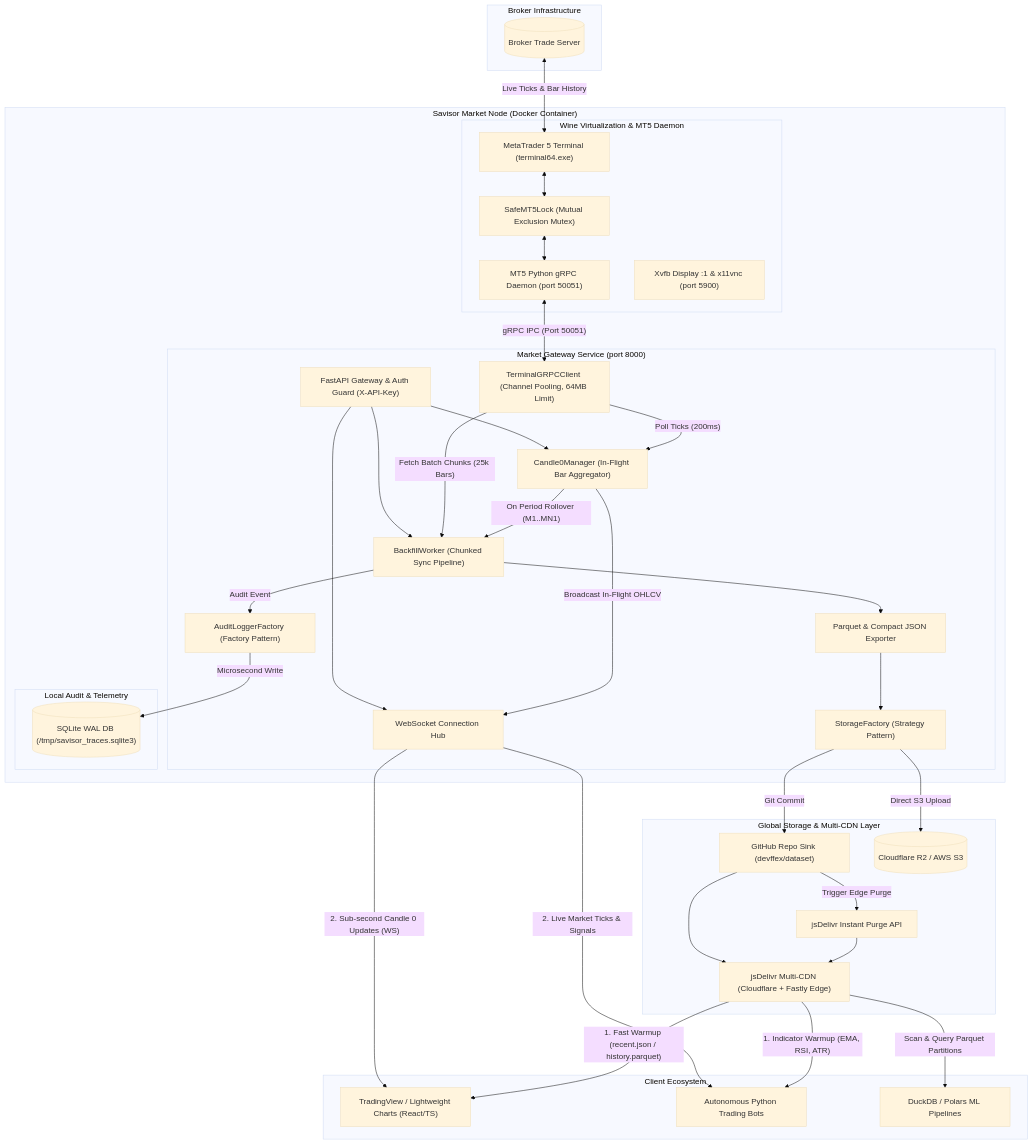
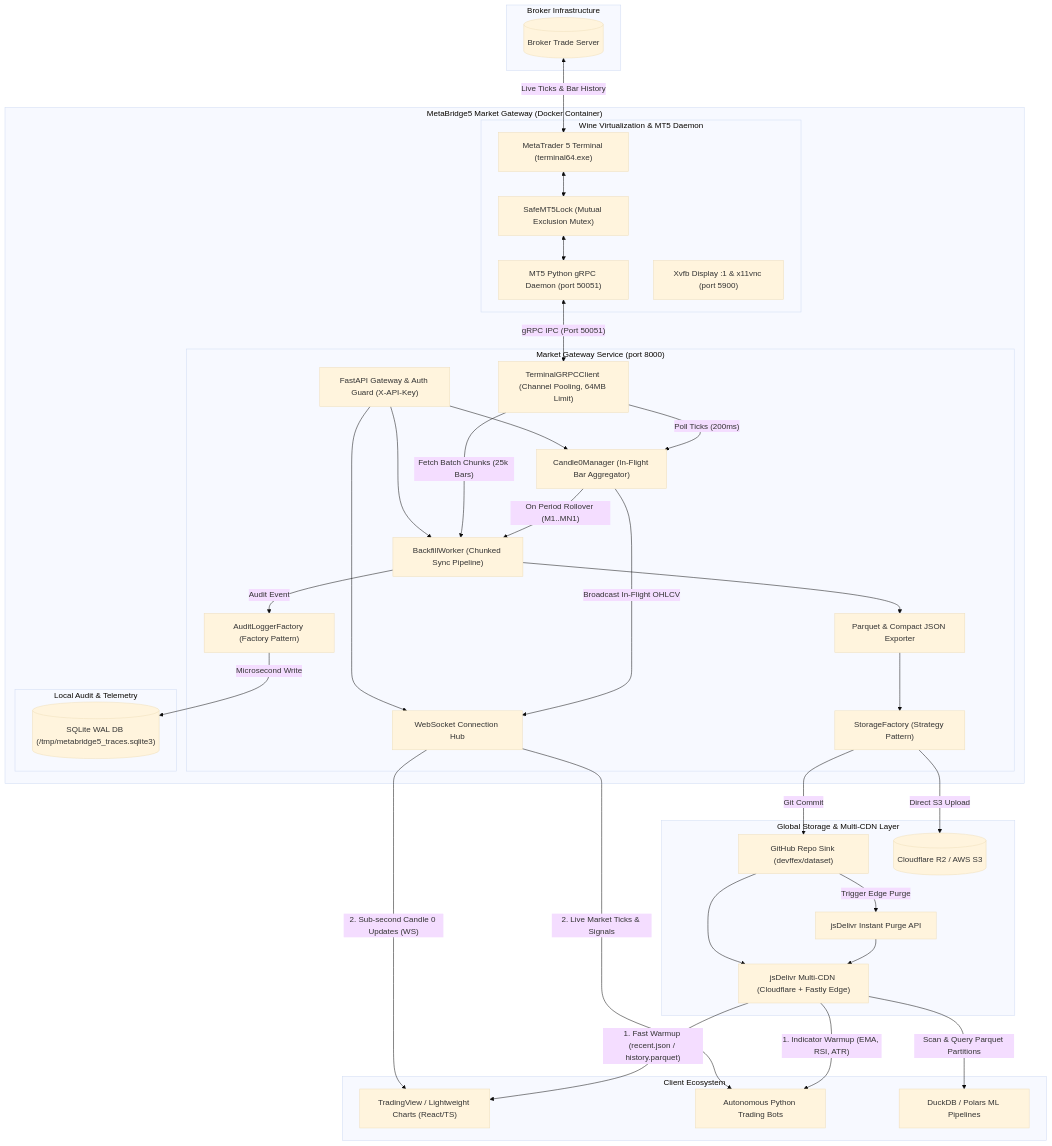
Before and after one commit to devffex/MetaBridge5: the diagram in apps/market-gateway/README.md, drawn with Mermaid (base theme). The commit also changed other lines of this file and 74 other files, not shown here.

Commit message:
feat: transition to MetaBridge5 with portable MT5 setup, backfill pipeline enhancements, and production docs

````diff
--- a/apps/market-gateway/README.md
+++ b/apps/market-gateway/README.md
@@ -11,79 +11,79 @@
 ```mermaid
 flowchart TD
     subgraph Broker ["Broker Infrastructure"]
         TradeServer[("Broker Trade Server")]
     end
 
-    subgraph ContainerNode ["Savisor Market Node (Docker Container)"]
+    subgraph ContainerNode ["MetaBridge5 Market Gateway (Docker Container)"]
         subgraph VirtualizationLayer ["Wine Virtualization & MT5 Daemon"]
             MT5Terminal["MetaTrader 5 Terminal (terminal64.exe)"]
             SafeLock["SafeMT5Lock (Mutual Exclusion Mutex)"]
             GRPCDaemon["MT5 Python gRPC Daemon (port 50051)"]
             XvfbDisplay["Xvfb Display :1 & x11vnc (port 5900)"]
         end
 
         subgraph GatewayLayer ["Market Gateway Service (port 8000)"]
             FastAPIServer["FastAPI Gateway & Auth Guard (X-API-Key)"]
             GRPCClient["TerminalGRPCClient (Channel Pooling, 64MB Limit)"]
             Candle0Engine["Candle0Manager (In-Flight Bar Aggregator)"]
             PipelineWorker["BackfillWorker (Chunked Sync Pipeline)"]
             ParquetExporter["Parquet & Compact JSON Exporter"]
             StorageFactory["StorageFactory (Strategy Pattern)"]
             AuditFactory["AuditLoggerFactory (Factory Pattern)"]
             WebSocketHub["WebSocket Connection Hub"]
         end
 
         subgraph LocalTelemetry ["Local Audit & Telemetry"]
-            SQLiteWAL[("SQLite WAL DB (/tmp/savisor_traces.sqlite3)")]
+            SQLiteWAL[("SQLite WAL DB (/tmp/metabridge5_traces.sqlite3)")]
         end
     end
 
     subgraph StorageLayer ["Global Storage & Multi-CDN Layer"]
         GitHubSink["GitHub Repo Sink (devffex/dataset)"]
         PurgeAPI["jsDelivr Instant Purge API"]
         JSDelivrCDN["jsDelivr Multi-CDN (Cloudflare + Fastly Edge)"]
         S3Storage[("Cloudflare R2 / AWS S3")]
     end
 
     subgraph Consumers ["Client Ecosystem"]
         ReactCharts["TradingView / Lightweight Charts (React/TS)"]
         TradingBots["Autonomous Python Trading Bots"]
         MLPipelines["DuckDB / Polars ML Pipelines"]
     end
 
     %% Internal Data Flow
     TradeServer <-->|"Live Ticks & Bar History"| MT5Terminal
     MT5Terminal <--> SafeLock
     SafeLock <--> GRPCDaemon
     GRPCDaemon <-->|"gRPC IPC (Port 50051)"| GRPCClient
 
     GRPCClient -->|"Poll Ticks (200ms)"| Candle0Engine
     Candle0Engine -->|"Broadcast In-Flight OHLCV"| WebSocketHub
     Candle0Engine -->|"On Period Rollover (M1..MN1)"| PipelineWorker
 
     GRPCClient -->|"Fetch Batch Chunks (25k Bars)"| PipelineWorker
     PipelineWorker --> ParquetExporter
     ParquetExporter --> StorageFactory
 
     StorageFactory -->|"Git Commit"| GitHubSink
     StorageFactory -->|"Direct S3 Upload"| S3Storage
     GitHubSink -->|"Trigger Edge Purge"| PurgeAPI
     PurgeAPI --> JSDelivrCDN
     GitHubSink --> JSDelivrCDN
 
     PipelineWorker -->|"Audit Event"| AuditFactory
     AuditFactory -->|"Microsecond Write"| SQLiteWAL
 
     FastAPIServer --> WebSocketHub
     FastAPIServer --> Candle0Engine
     FastAPIServer --> PipelineWorker
 
     %% Client Consumption Patterns
     JSDelivrCDN -->|"1. Fast Warmup (recent.json / history.parquet)"| ReactCharts
     WebSocketHub -->|"2. Sub-second Candle 0 Updates (WS)"| ReactCharts
 
     JSDelivrCDN -->|"1. Indicator Warmup (EMA, RSI, ATR)"| TradingBots
     WebSocketHub -->|"2. Live Market Ticks & Signals"| TradingBots
 
     JSDelivrCDN -->|"Scan & Query Parquet Partitions"| MLPipelines
 ```
````
